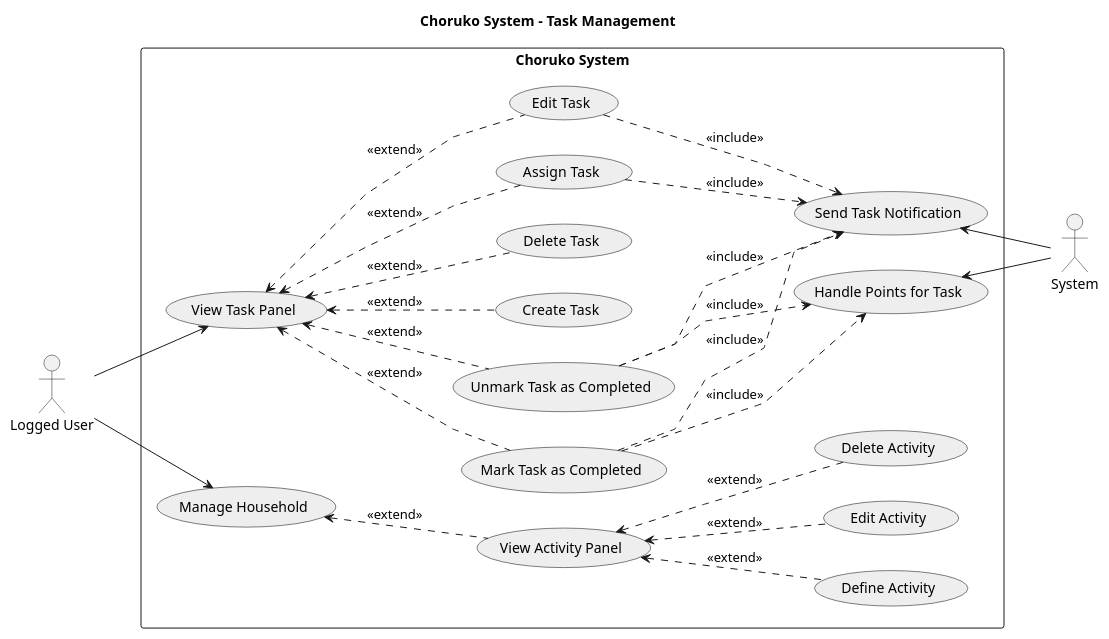
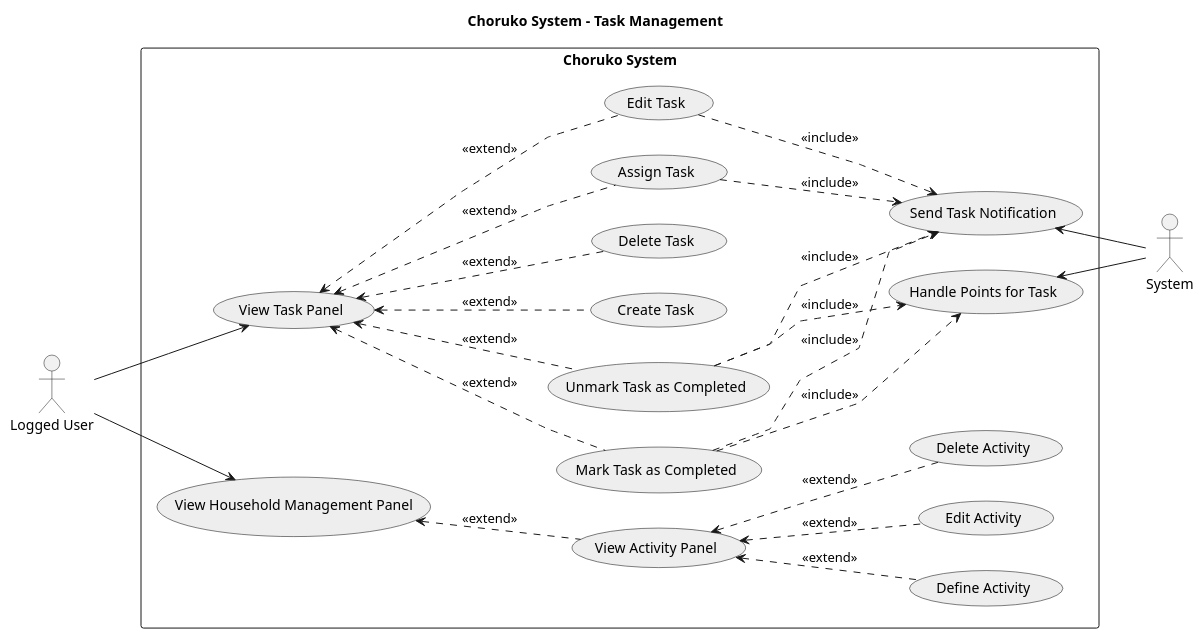
The diagram in docs/UML/use-case-diagrams/task-management-diagram.puml (psampir/choruko), drawn with PlantUML before and after one commit.

Commit message:
fix/usecase name

```diff
--- a/docs/UML/use-case-diagrams/task-management-diagram.puml
+++ b/docs/UML/use-case-diagrams/task-management-diagram.puml
@@ -1,58 +1,58 @@
 @startuml task-management
 
 title Choruko System - Task Management
 skinparam usecaseBorderColor #000000
 skinparam usecaseBackgroundColor #EEEEEE
 skinparam packageStyle rectangle
 skinparam linetype polyline
 left to right direction
 
 :Logged User: as l_user
 :System: as system
 
 rectangle "Choruko System" {
 
   usecase "View Activity Panel" as UC13
   usecase "Define Activity" as UC14
   usecase "Edit Activity" as UC15
   usecase "Delete Activity" as UC16
 
   usecase "View Task Panel" as UC12
   usecase "Create Task" as UC17
   usecase "Delete Task" as UC18
   usecase "Assign Task" as UC19
   usecase "Edit Task" as UC20
   usecase "Mark Task as Completed" as UC21
   usecase "Unmark Task as Completed" as UC22
 
   usecase "Handle Points for Task" as UC34
   usecase "Send Task Notification" as UC35
 
-  usecase "Manage Household" as UC3
+  usecase "View Household Management Panel" as UC3
 }
 
 l_user --> UC12
 l_user --> UC3
 
 UC34 <-- system
 UC35 <-- system
 
 UC3 <.. UC13 : <<extend>>
 UC13 <.. UC14 : <<extend>>
 UC13 <.. UC15 : <<extend>>
 UC13 <.. UC16 : <<extend>>
 UC12 <.. UC17 : <<extend>>
 UC12 <.. UC18 : <<extend>>
 UC12 <.. UC19 : <<extend>>
 UC12 <.. UC20 : <<extend>>
 UC12 <.. UC21 : <<extend>>
 UC12 <.. UC22 : <<extend>>
 
 UC21 ..> UC34 : <<include>>
 UC22 ..> UC34 : <<include>>
 UC21 ..> UC35 : <<include>>
 UC19 ..> UC35 : <<include>>
 UC20 ..> UC35 : <<include>>
 UC22 ..> UC35 : <<include>>
 
 @enduml
```
